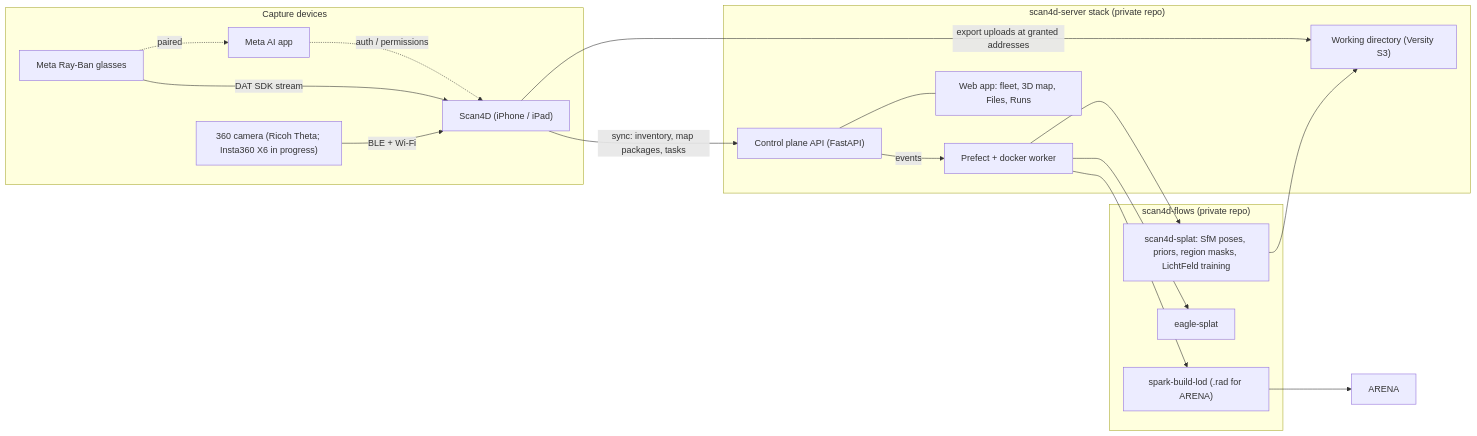
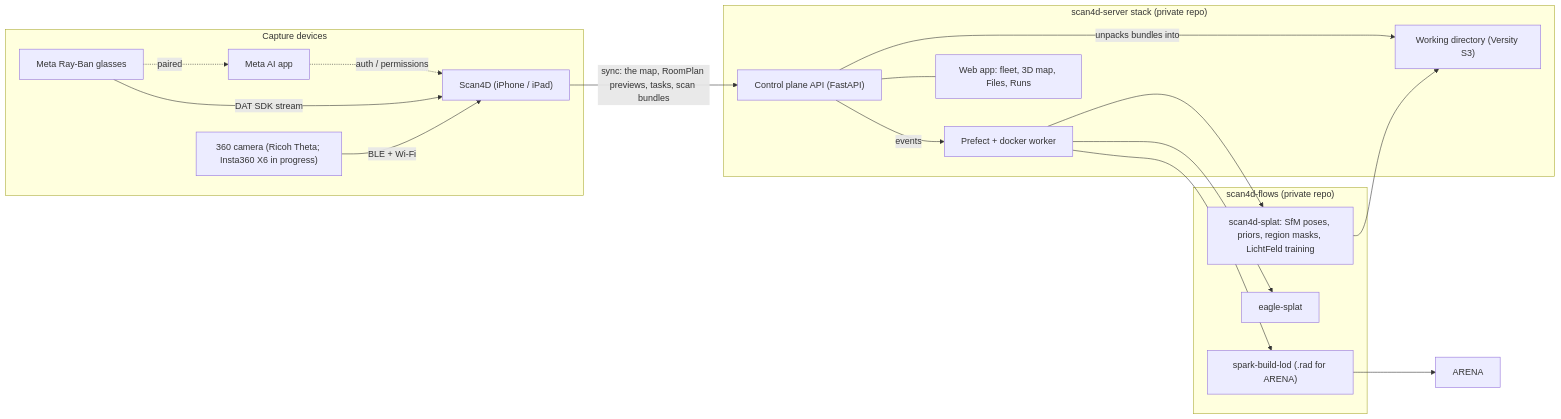
The first of 13 diagrams in REQUIREMENTS.md (WiseLabCMU/wisescan-ios), drawn with Mermaid before and after one commit. The commit also changed other lines of this file and 38 other files, not shown here.

````diff
--- a/REQUIREMENTS.md
+++ b/REQUIREMENTS.md
@@ -13,33 +13,33 @@
 ```mermaid
 graph LR
     subgraph Capture["Capture devices"]
         Phone["Scan4D (iPhone / iPad)"]
         Glasses["Meta Ray-Ban glasses"]
         MetaAI["Meta AI app"]
         Cam360["360 camera (Ricoh Theta; Insta360 X6 in progress)"]
     end
     subgraph Stack["scan4d-server stack (private repo)"]
         API["Control plane API (FastAPI)"]
         S3["Working directory (Versity S3)"]
         Prefect["Prefect + docker worker"]
         Web["Web app: fleet, 3D map, Files, Runs"]
     end
     subgraph Flows["scan4d-flows (private repo)"]
         Splat["scan4d-splat: SfM poses, priors, region masks, LichtFeld training"]
         Eagle["eagle-splat"]
         LOD["spark-build-lod (.rad for ARENA)"]
     end
     Glasses -.->|paired| MetaAI
     MetaAI -.->|auth / permissions| Phone
     Glasses -->|DAT SDK stream| Phone
     Cam360 -->|BLE + Wi-Fi| Phone
-    Phone -->|sync: inventory, map packages, tasks| API
-    Phone -->|export uploads at granted addresses| S3
+    Phone -->|sync: the map, RoomPlan previews, tasks, scan bundles| API
+    API -->|unpacks bundles into| S3
     API --- Web
     API -->|events| Prefect
     Prefect --> Splat
     Prefect --> Eagle
     Prefect --> LOD
     Splat --> S3
     LOD --> Arena["ARENA"]
 ```
````
